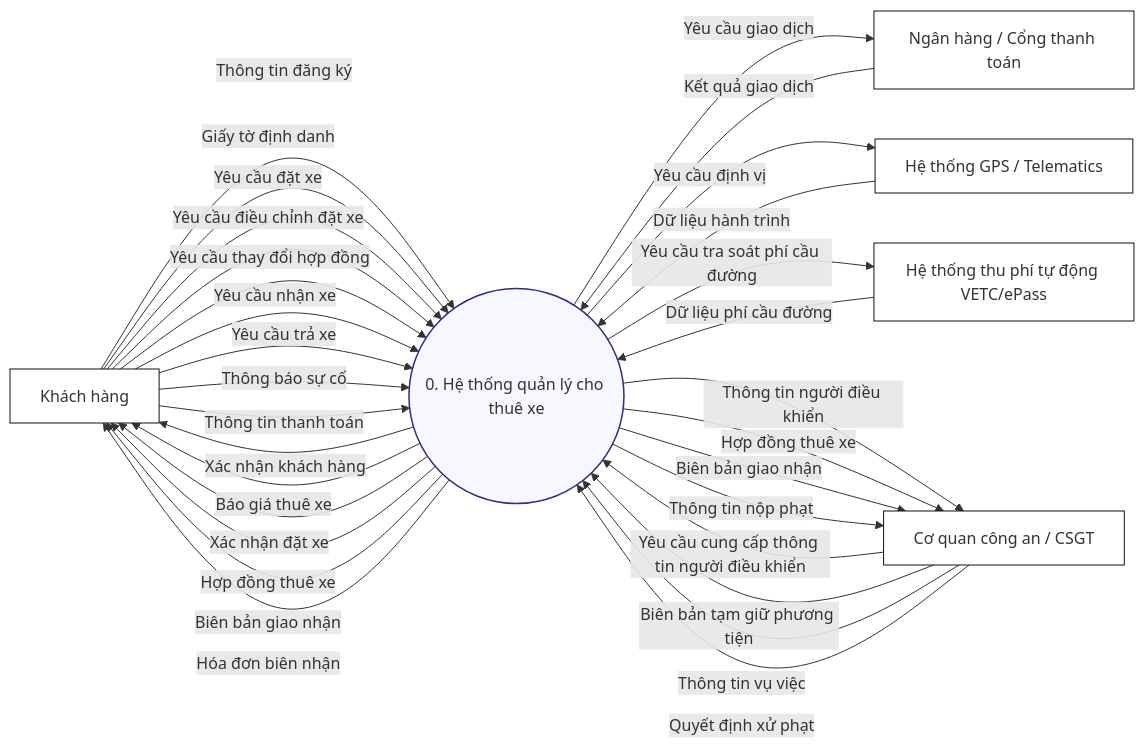
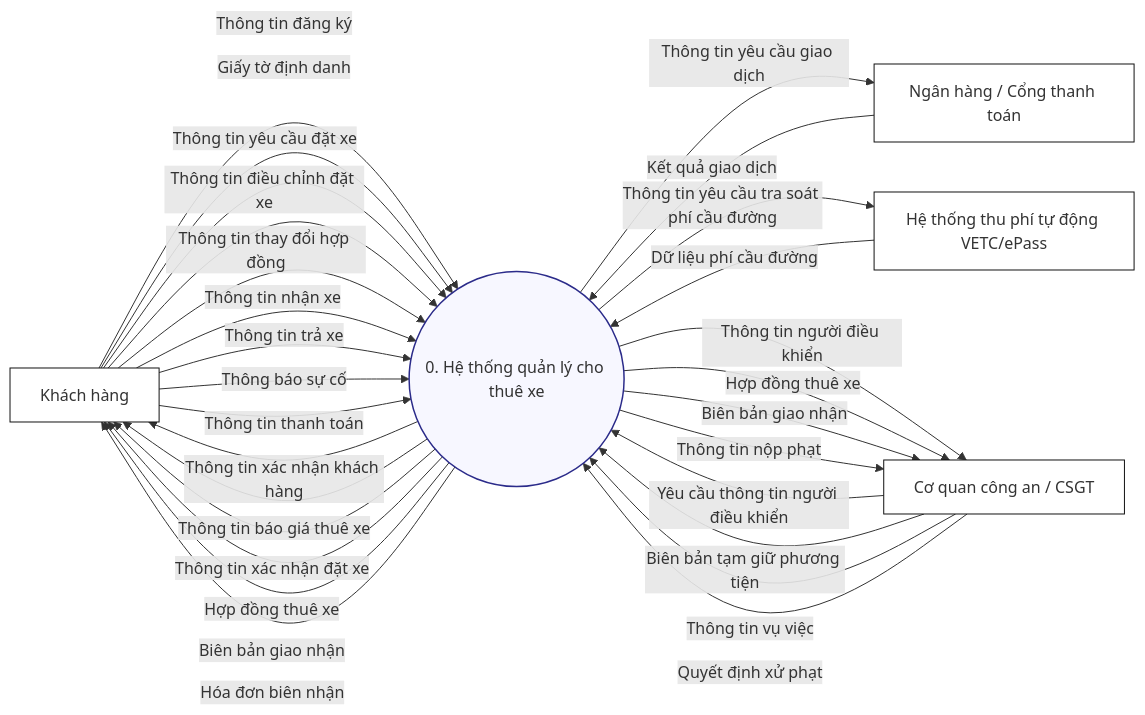
One commit to TriNguyenThanh/UCar changed the diagram in Docs/UML/DFD_ngucanh.mmd. Above: the diagram before and after it, drawn with Mermaid. The commit also changed 58 other files, not shown here.

```diff
--- a/Docs/UML/DFD_ngucanh.mmd
+++ b/Docs/UML/DFD_ngucanh.mmd
@@ -1,47 +1,43 @@
 flowchart LR
   classDef ext fill:#fff,stroke:#111,stroke-width:1px;
   classDef proc fill:#f7f7ff,stroke:#2b2b8a,stroke-width:1.5px;
 
   KH[Khách hàng]:::ext
   NH[Ngân hàng / Cổng thanh toán]:::ext
-  GPS[Hệ thống GPS / Telematics]:::ext
   VETC[Hệ thống thu phí tự động VETC/ePass]:::ext
   CA[Cơ quan công an / CSGT]:::ext
 
   P0((0. Hệ thống quản lý cho thuê xe)):::proc
 
   KH -->|Thông tin đăng ký| P0
   KH -->|Giấy tờ định danh| P0
-  KH -->|Yêu cầu đặt xe| P0
-  KH -->|Yêu cầu điều chỉnh đặt xe| P0
-  KH -->|Yêu cầu thay đổi hợp đồng| P0
-  KH -->|Yêu cầu nhận xe| P0
-  KH -->|Yêu cầu trả xe| P0
+  KH -->|Thông tin yêu cầu đặt xe| P0
+  KH -->|Thông tin điều chỉnh đặt xe| P0
+  KH -->|Thông tin thay đổi hợp đồng| P0
+  KH -->|Thông tin nhận xe| P0
+  KH -->|Thông tin trả xe| P0
   KH -->|Thông báo sự cố| P0
   KH -->|Thông tin thanh toán| P0
 
-  P0 -->|Xác nhận khách hàng| KH
-  P0 -->|Báo giá thuê xe| KH
-  P0 -->|Xác nhận đặt xe| KH
+  P0 -->|Thông tin xác nhận khách hàng| KH
+  P0 -->|Thông tin báo giá thuê xe| KH
+  P0 -->|Thông tin xác nhận đặt xe| KH
   P0 -->|Hợp đồng thuê xe| KH
   P0 -->|Biên bản giao nhận| KH
   P0 -->|Hóa đơn biên nhận| KH
 
-  P0 -->|Yêu cầu giao dịch| NH
+  P0 -->| Thông tin yêu cầu giao dịch| NH
   NH -->|Kết quả giao dịch| P0
 
-  P0 -->|Yêu cầu định vị| GPS
-  GPS -->|Dữ liệu hành trình| P0
-
-  P0 -->|Yêu cầu tra soát phí cầu đường| VETC
+  P0 -->|Thông tin yêu cầu tra soát phí cầu đường| VETC
   VETC -->|Dữ liệu phí cầu đường| P0
 
-  CA -->|Yêu cầu cung cấp thông tin người điều khiển| P0
+  CA -->|Yêu cầu thông tin người điều khiển| P0
   CA -->|Biên bản tạm giữ phương tiện| P0
   CA -->|Thông tin vụ việc| P0
   CA -->|Quyết định xử phạt| P0
 
   P0 -->|Thông tin người điều khiển| CA
   P0 -->|Hợp đồng thuê xe| CA
   P0 -->|Biên bản giao nhận| CA
   P0 -->|Thông tin nộp phạt| CA
```
